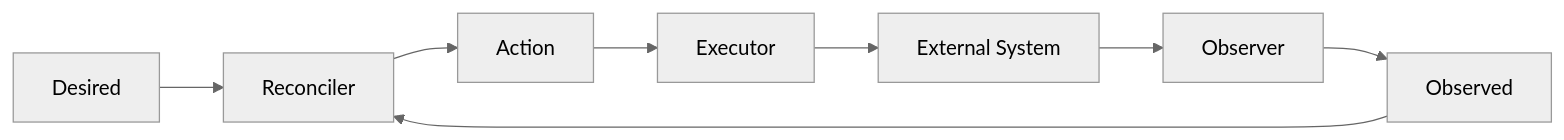
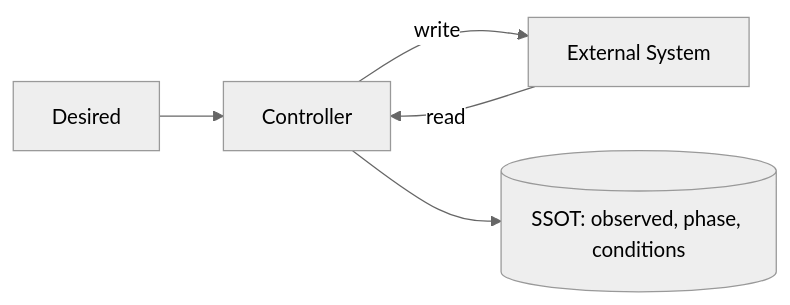
One commit to danielsabatini/smarkee changed the first of 16 diagrams in docs/loop/RESOURCE-CONTROL-LOOP.md. Above: the diagram before and after it, drawn with Mermaid (neutral theme). The commit also changed other lines of this file, not shown here.

````diff
--- a/docs/loop/RESOURCE-CONTROL-LOOP.md
+++ b/docs/loop/RESOURCE-CONTROL-LOOP.md
@@ -221,10 +232,7 @@
 ```mermaid
 flowchart LR
-    D[Desired] --> R[Reconciler]
-    O[Observed] --> R
-    R --> A[Action]
-    A --> E[Executor]
-    E --> X[External System]
-    X --> B[Observer]
-    B --> O
+    D[Desired] --> C[Controller]
+    X[External System] -->|read| C
+    C -->|write| X
+    C --> S[(SSOT: observed, phase, conditions)]
 ```
````
